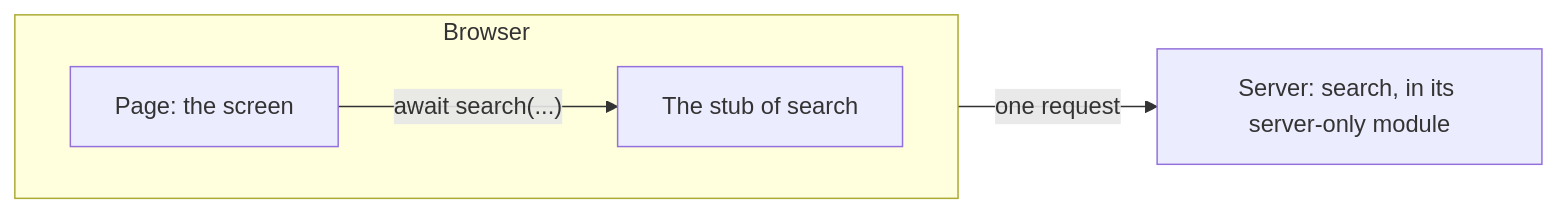
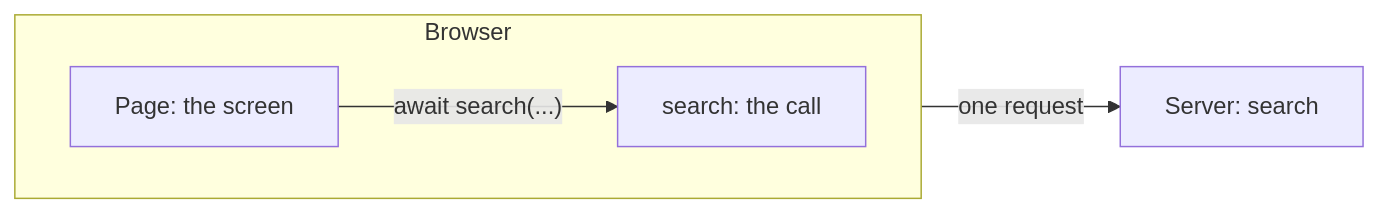
One commit to yuksblog/nuiitivet changed the second of 2 diagrams in docs/guide/web/worker_and_server_functions.md. Above: the diagram before and after it, drawn with Mermaid. The commit also changed other lines of this file and 18 other files, not shown here.

First line of the commit message:
feat(web): nv.server_only() becomes optional; a @nv.server module ships by default

````diff
--- a/docs/guide/web/worker_and_server_functions.md
+++ b/docs/guide/web/worker_and_server_functions.md
@@ -175,8 +176,8 @@
 ```mermaid
 flowchart LR
     subgraph browser [Browser]
         direction LR
-        screen[Page: the screen] -- "await search(...)" --> stub[The stub of search]
+        screen[Page: the screen] -- "await search(...)" --> send[search: the call]
     end
-    stub -- "one request" --> server[Server: search, in its server-only module]
+    send -- "one request" --> server[Server: search]
 ```
````
